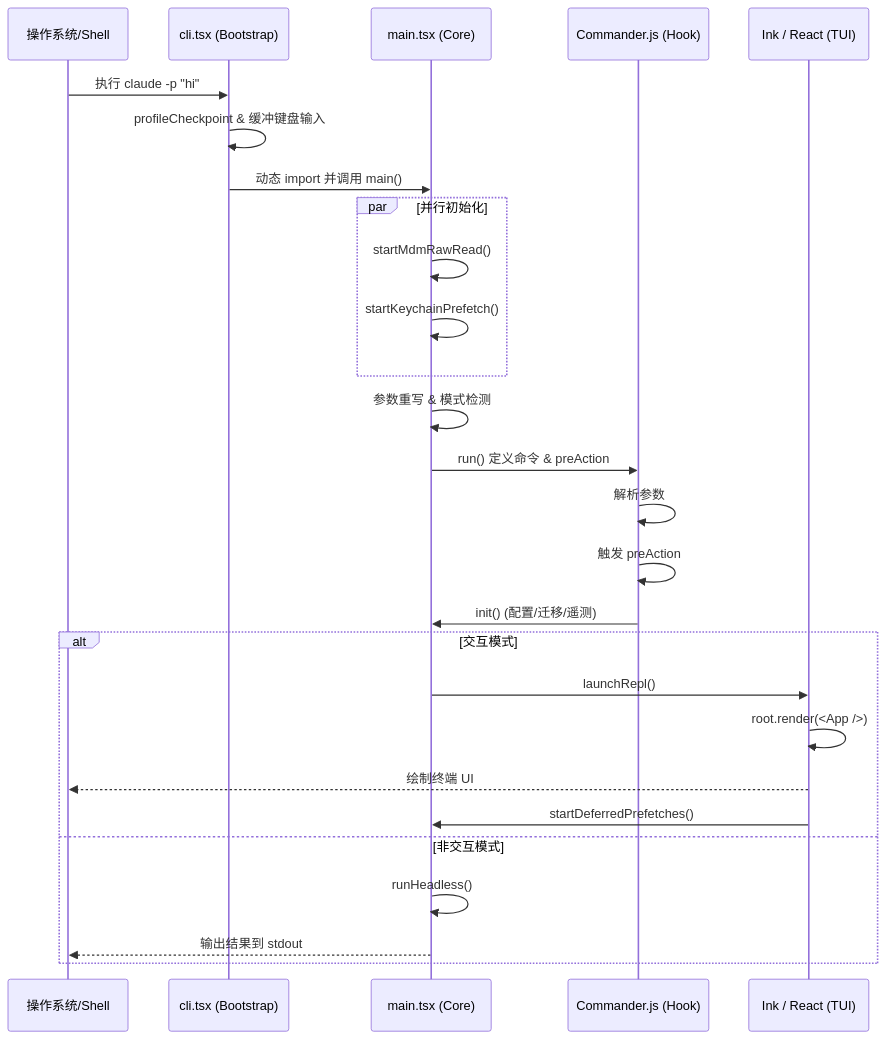
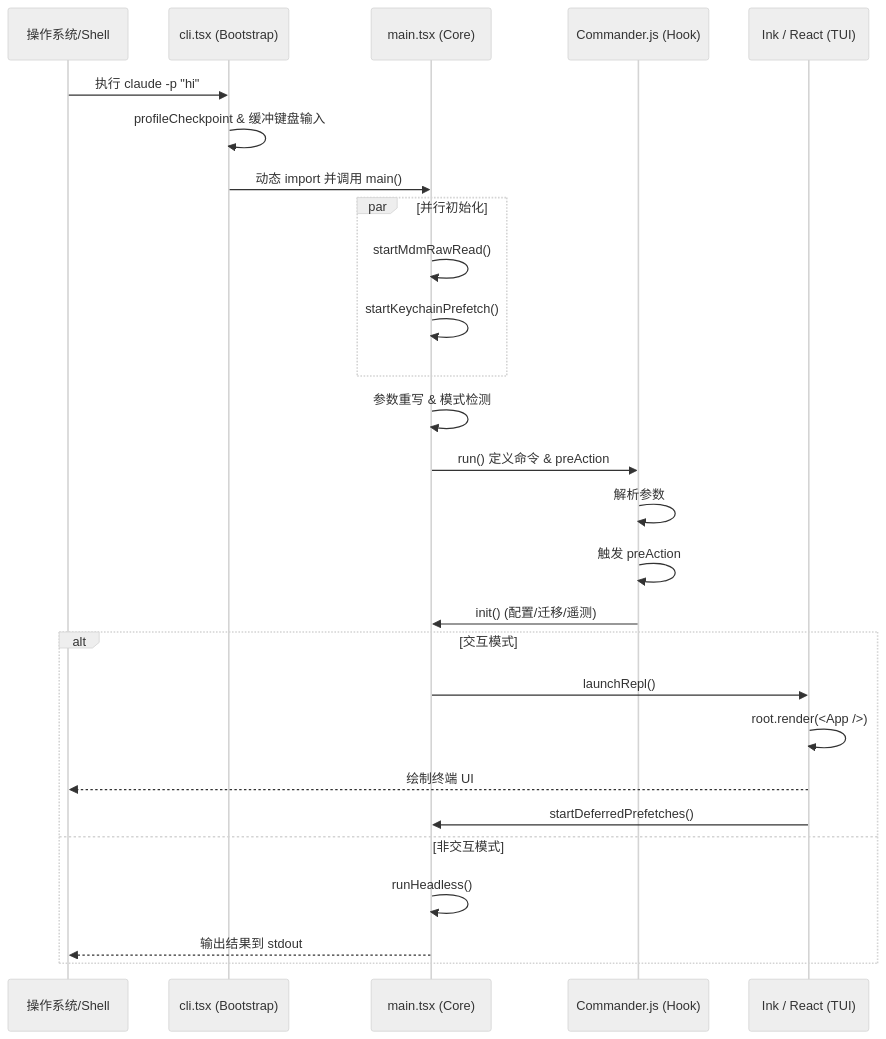
Before and after one commit to feuyeux/hello-claude-code: the diagram in deep_dive_gi/02_startup_flow.md, drawn with Mermaid. The commit also changed 27 other files, not shown here.

````diff
--- a/deep_dive_gi/02_startup_flow.md
+++ b/deep_dive_gi/02_startup_flow.md
@@ -72,34 +72,38 @@
 ```mermaid
+---
+config:
+  theme: neutral
+---
 sequenceDiagram
     participant OS as 操作系统/Shell
     participant CLI as cli.tsx (Bootstrap)
     participant MAIN as main.tsx (Core)
     participant CMD as Commander.js (Hook)
     participant UI as Ink / React (TUI)
 
     OS->>CLI: 执行 claude -p "hi"
     CLI->>CLI: profileCheckpoint & 缓冲键盘输入
     CLI->>MAIN: 动态 import 并调用 main()
     
     par 并行初始化
         MAIN->>MAIN: startMdmRawRead()
         MAIN->>MAIN: startKeychainPrefetch()
     end
 
     MAIN->>MAIN: 参数重写 & 模式检测
     MAIN->>CMD: run() 定义命令 & preAction
     
     CMD->>CMD: 解析参数
     CMD->>CMD: 触发 preAction
     CMD->>MAIN: init() (配置/迁移/遥测)
     
     alt 交互模式
         MAIN->>UI: launchRepl()
         UI->>UI: root.render(<App />)
         UI-->>OS: 绘制终端 UI
         UI->>MAIN: startDeferredPrefetches()
     else 非交互模式
         MAIN->>MAIN: runHeadless()
         MAIN-->>OS: 输出结果到 stdout
     end
 ```
````
